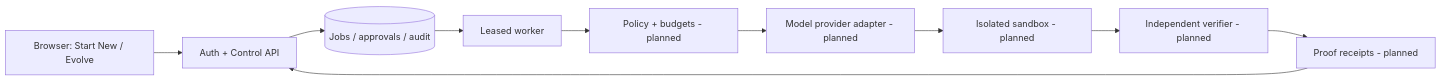
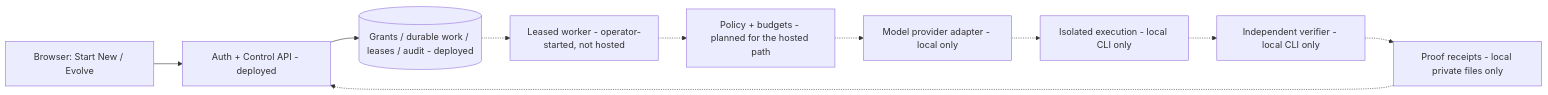
Before and after one commit to suhasaitham22/Oryveta: the diagram in docs/ENTERPRISE-FOUNDATIONS.md, drawn with Mermaid. The commit also changed other lines of this file and 49 other files, not shown here.

````diff
--- a/docs/ENTERPRISE-FOUNDATIONS.md
+++ b/docs/ENTERPRISE-FOUNDATIONS.md
@@ -17,12 +17,12 @@
 ```mermaid
 flowchart LR
-  U[Browser: Start New / Evolve] --> API[Auth + Control API]
-  API --> DB[(Jobs / approvals / audit)]
-  DB --> W[Leased worker]
-  W --> P[Policy + budgets - planned]
-  P --> AI[Model provider adapter - planned]
-  AI --> SB[Isolated sandbox - planned]
-  SB --> V[Independent verifier - planned]
-  V --> R[Proof receipts - planned]
-  R --> API
+  U[Browser: Start New / Evolve] --> API[Auth + Control API - deployed]
+  API --> DB[(Grants / durable work / leases / audit - deployed)]
+  DB -.-> W[Leased worker - operator-started, not hosted]
+  W -.-> P[Policy + budgets - planned for the hosted path]
+  P -.-> AI[Model provider adapter - local only]
+  AI -.-> SB[Isolated execution - local CLI only]
+  SB -.-> V[Independent verifier - local CLI only]
+  V -.-> R[Proof receipts - local private files only]
+  R -.-> API
 ```
````
